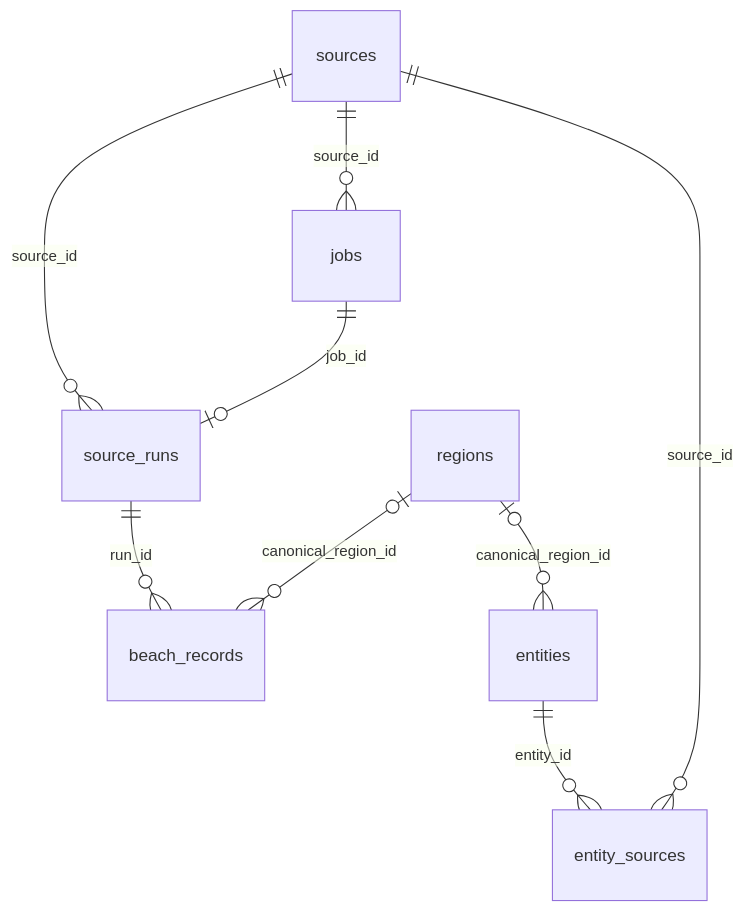
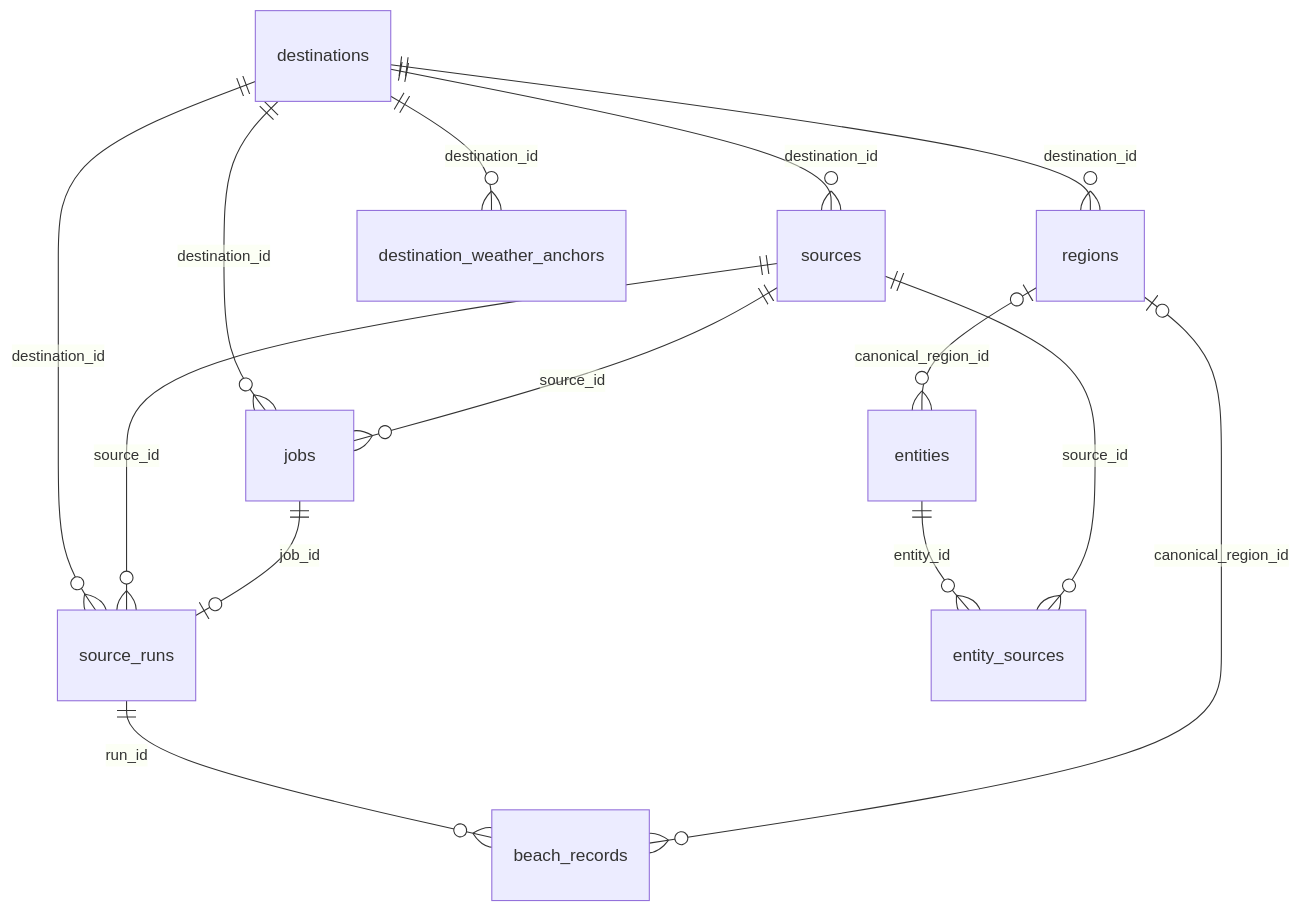
One commit to bemonths/tatilya changed the diagram in docs/MIMARI.md. Above: the diagram before and after it, drawn with Mermaid. The commit also changed other lines of this file and 39 other files, not shown here.

````diff
--- a/docs/MIMARI.md
+++ b/docs/MIMARI.md
@@ -47,11 +47,16 @@
 ```mermaid
 erDiagram
+    destinations ||--o{ sources : destination_id
+    destinations ||--o{ regions : destination_id
+    destinations ||--o{ jobs : destination_id
+    destinations ||--o{ source_runs : destination_id
+    destinations ||--o{ destination_weather_anchors : destination_id
     sources ||--o{ jobs : source_id
     sources ||--o{ source_runs : source_id
     jobs ||--o| source_runs : job_id
     source_runs ||--o{ beach_records : run_id
     regions o|--o{ beach_records : canonical_region_id
     regions o|--o{ entities : canonical_region_id
     entities ||--o{ entity_sources : entity_id
     sources ||--o{ entity_sources : source_id
 ```
````
